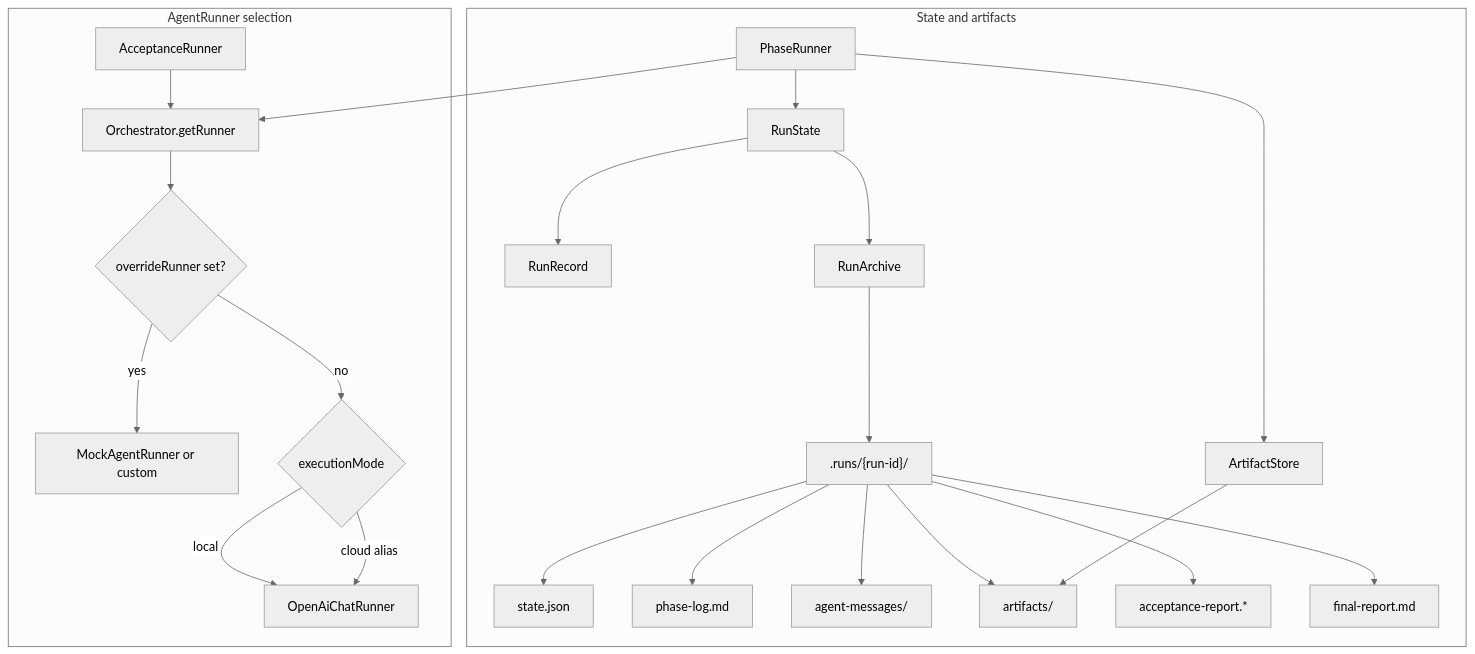
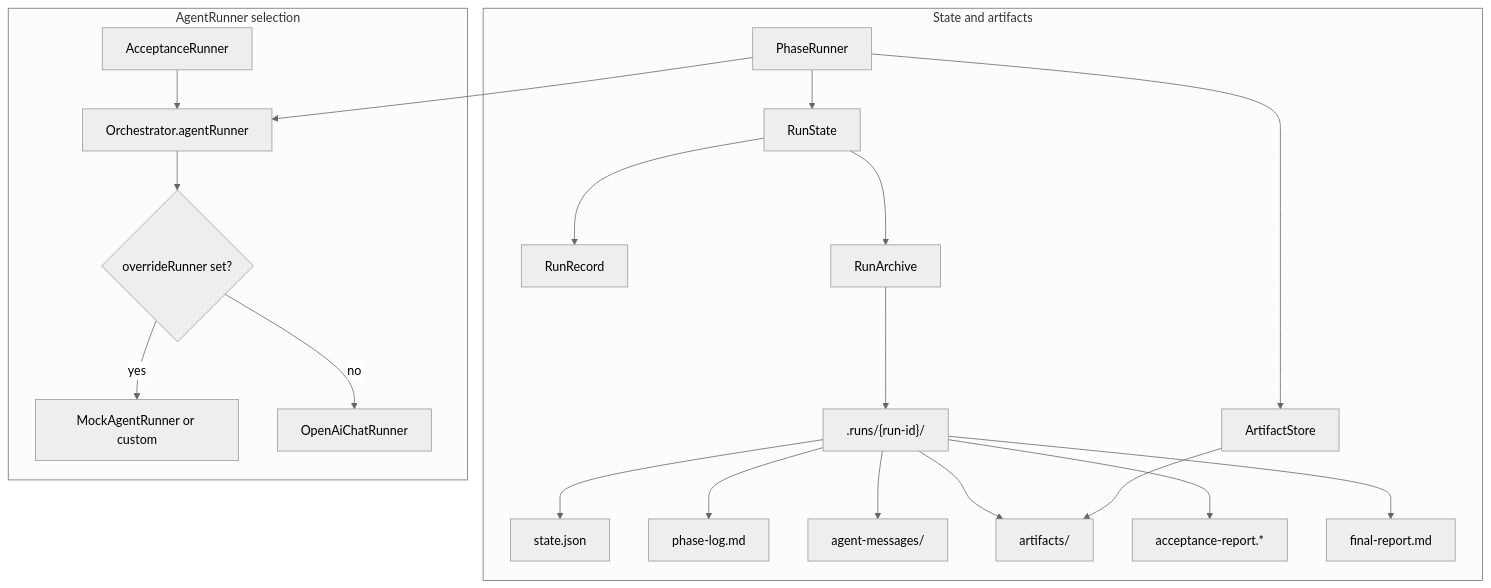
One commit to perezdap/oaiorchestrator changed the fourth of 4 diagrams in docs/architecture.md. Above: the diagram before and after it, drawn with Mermaid (neutral theme). The commit also changed other lines of this file and 45 other files, not shown here.

First line of the commit message:
Remove cloud mode and legacy project references. (#1)

````diff
--- a/docs/architecture.md
+++ b/docs/architecture.md
@@ -116,31 +116,29 @@
 ```mermaid
 flowchart TB
   subgraph persist["State and artifacts"]
     RS[RunState]
     RR[RunRecord]
     RA[RunArchive]
     RS --> RR
     RS --> RA
     RA --> dir[".runs/{run-id}/"]
     dir --> sj[state.json]
     dir --> pl[phase-log.md]
     dir --> am[agent-messages/]
     dir --> art[artifacts/]
     dir --> ar[acceptance-report.*]
     dir --> fr[final-report.md]
     PR2[PhaseRunner] --> RS
     PR2 --> AS[ArtifactStore]
     AS --> art
   end
 
   subgraph runners["AgentRunner selection"]
-    Orch2[Orchestrator.getRunner]
+    Orch2[Orchestrator.agentRunner]
     Orch2 --> override{overrideRunner set?}
     override -->|yes| mock[MockAgentRunner or custom]
-    override -->|no| mode{executionMode}
-    mode -->|local| oai[OpenAiChatRunner]
-    mode -->|cloud alias| oai
+    override -->|no| oai[OpenAiChatRunner]
     PR2 --> Orch2
     AR2[AcceptanceRunner] --> Orch2
   end
 ```
````
